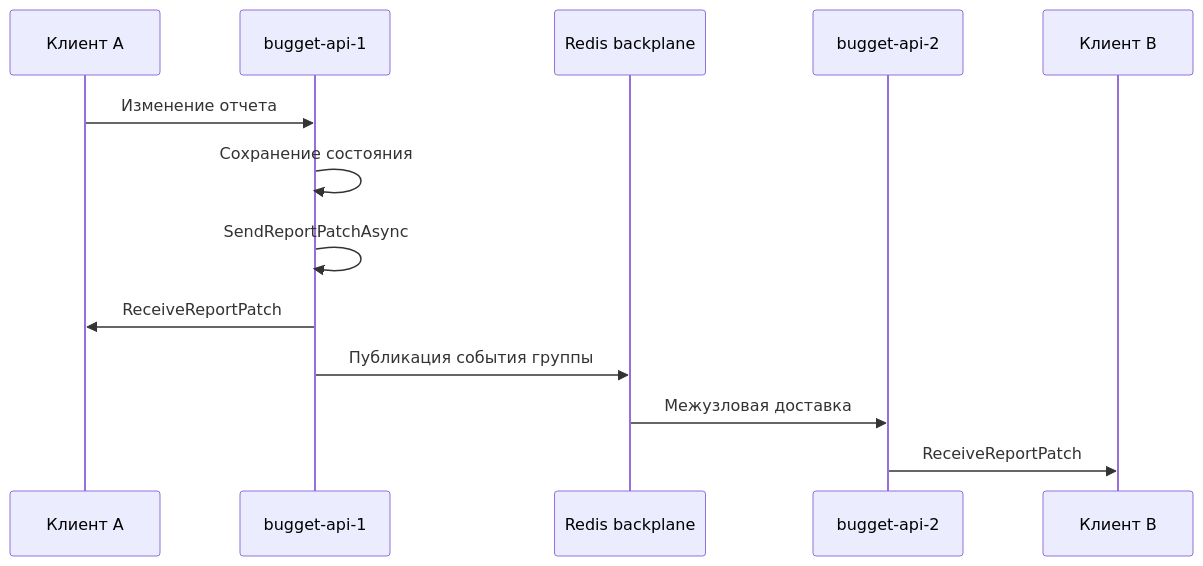
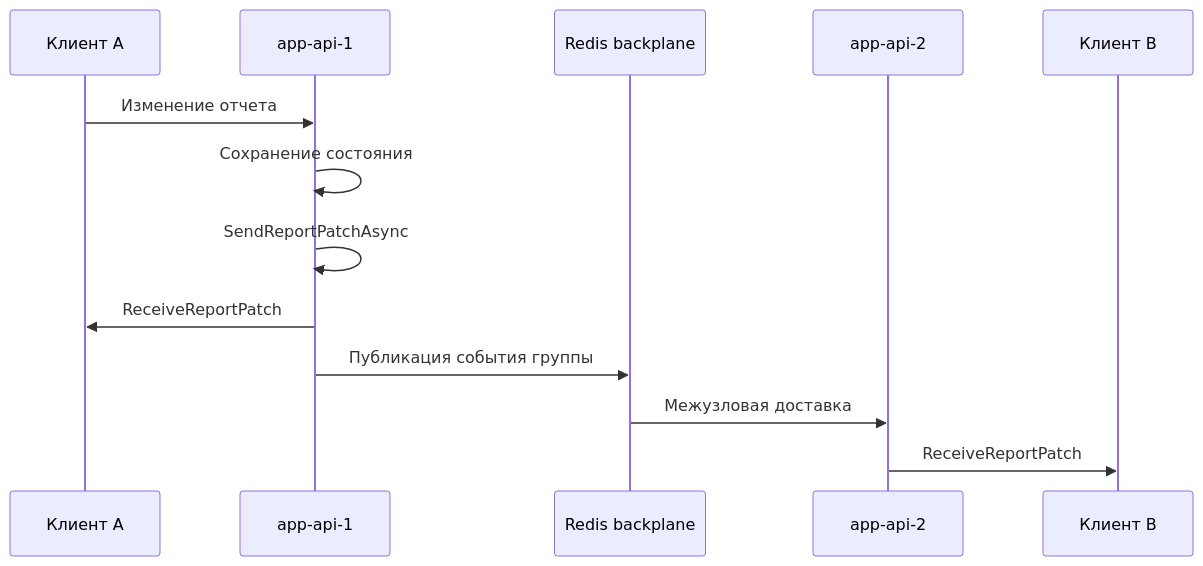
Before and after one commit to gently-whitesnow/final-qualifying-work: the third of 3 diagrams in materials/vkr-draft-content.md, drawn with Mermaid. The commit also changed other lines of this file and 42 other files, not shown here.

Commit message:
Update DOCX generation with new figures and refine draft content for final qualifying work, including enhancements to architecture descriptions and real-time interface details.

````diff
--- a/materials/vkr-draft-content.md
+++ b/materials/vkr-draft-content.md
@@ -184,16 +190,16 @@
 ```mermaid
 sequenceDiagram
     participant ClientA as Клиент A
-    participant Api1 as bugget-api-1
+    participant Api1 as app-api-1
     participant Redis as Redis backplane
-    participant Api2 as bugget-api-2
+    participant Api2 as app-api-2
     participant ClientB as Клиент B
 
     ClientA->>Api1: Изменение отчета
     Api1->>Api1: Сохранение состояния
     Api1->>Api1: SendReportPatchAsync
     Api1->>ClientA: ReceiveReportPatch
     Api1->>Redis: Публикация события группы
     Redis->>Api2: Межузловая доставка
     Api2->>ClientB: ReceiveReportPatch
 ```
````
